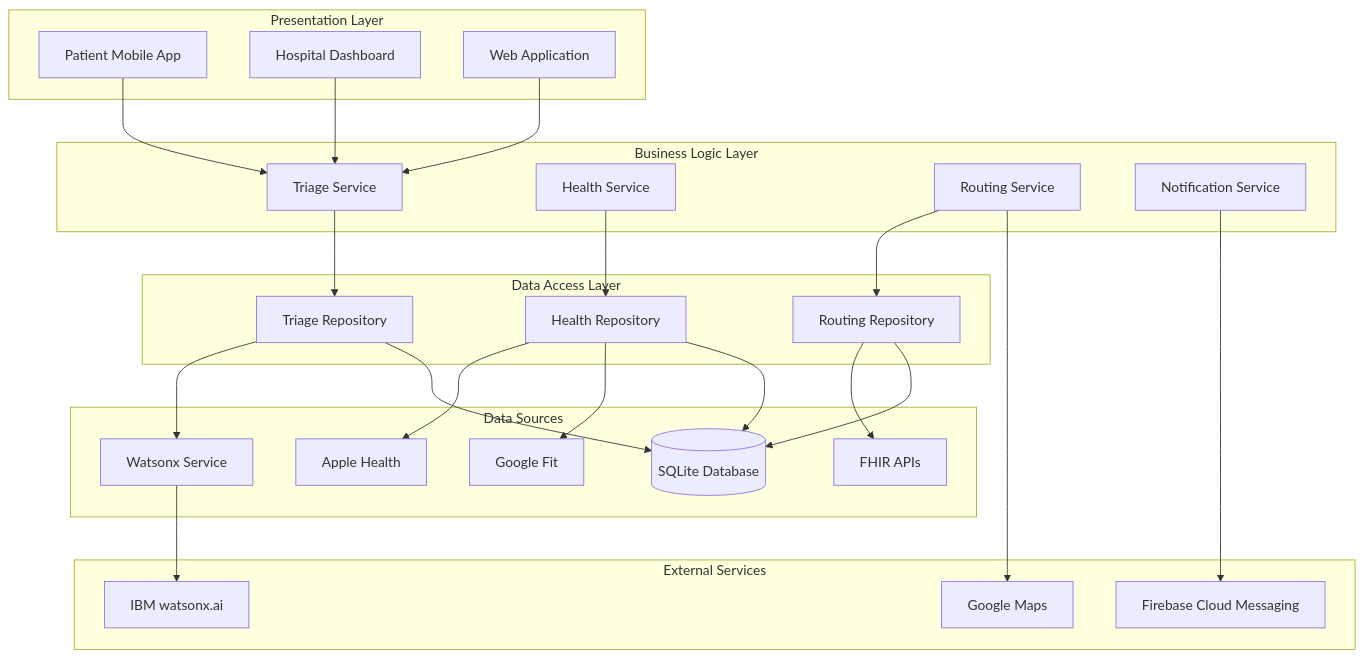
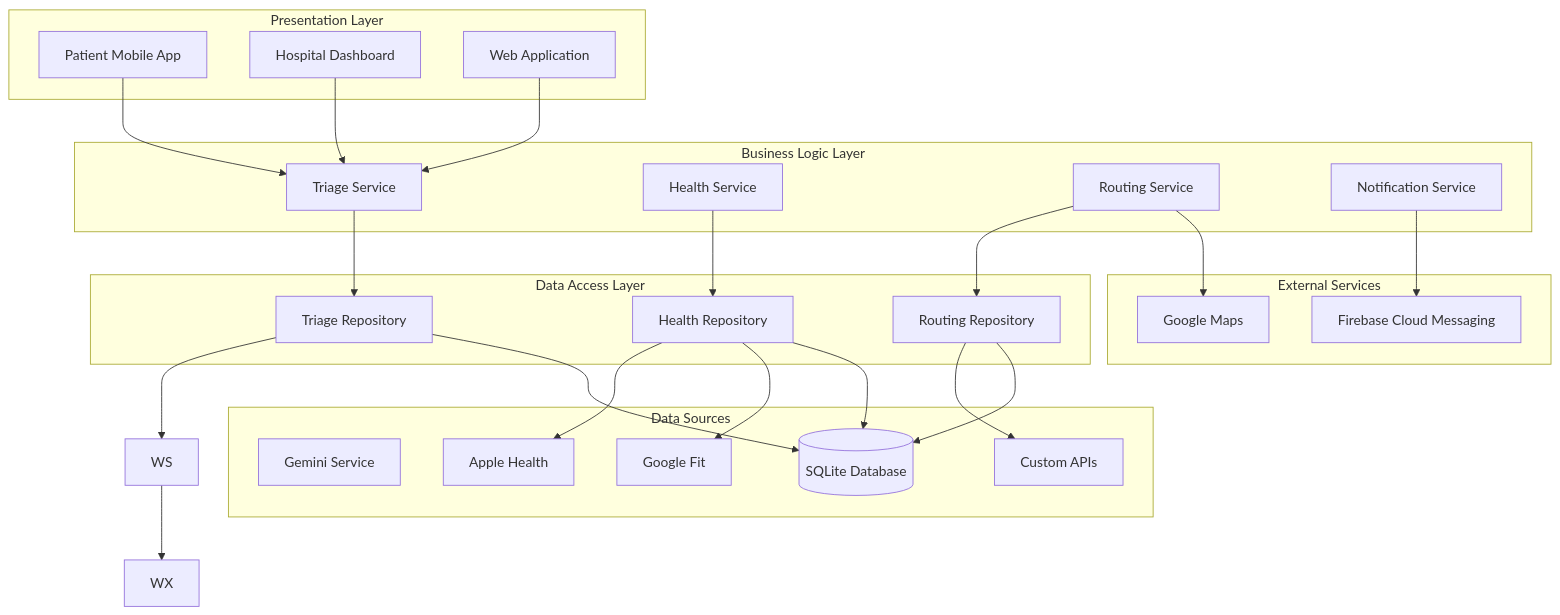
Before and after one commit to SA-Msweli/triage_bios_ai: the first of 11 diagrams in docs/ARCHITECTURE.md, drawn with Mermaid. The commit also changed other lines of this file and 129 other files, not shown here.

````diff
--- a/docs/ARCHITECTURE.md
+++ b/docs/ARCHITECTURE.md
@@ -9,56 +9,56 @@
 ```mermaid
 graph TB
     subgraph "Presentation Layer"
         PA[Patient Mobile App]
         HD[Hospital Dashboard]
         WA[Web Application]
     end
     
     subgraph "Business Logic Layer"
         TS[Triage Service]
         HS[Health Service]
         RS[Routing Service]
         NS[Notification Service]
     end
     
     subgraph "Data Access Layer"
         TR[Triage Repository]
         HR[Health Repository]
         RR[Routing Repository]
     end
     
     subgraph "Data Sources"
-        WS[Watsonx Service]
+        GS[Gemini Service]
         AH[Apple Health]
         GF[Google Fit]
-        FHIR[FHIR APIs]
+        CAPI[Custom APIs]
         DB[(SQLite Database)]
     end
     
     subgraph "External Services"
-        WX[IBM watsonx.ai]
+        GM[Google Gemini AI]
         GM[Google Maps]
         FCM[Firebase Cloud Messaging]
     end
     
     PA --> TS
     HD --> TS
     WA --> TS
     
     TS --> TR
     HS --> HR
     RS --> RR
     
     TR --> WS
     HR --> AH
     HR --> GF
-    RR --> FHIR
+    RR --> CAPI
     
     WS --> WX
     RS --> GM
     NS --> FCM
     
     TR --> DB
     HR --> DB
     RR --> DB
 ```
````
